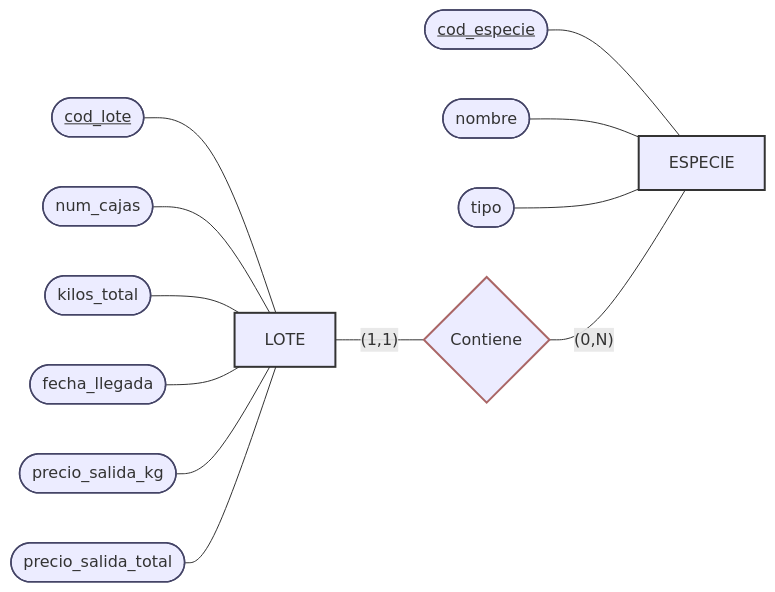
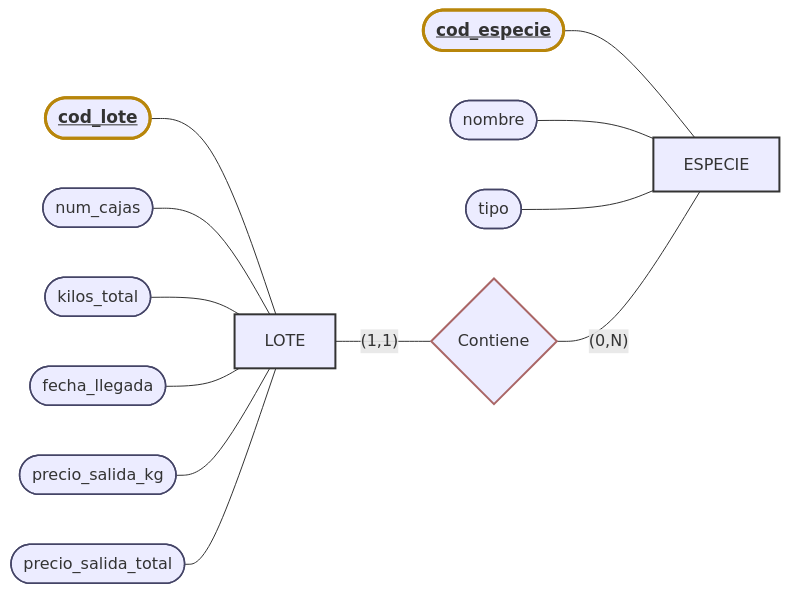
One commit to JulTob/BasesDeDatos changed the diagram in Practica/P1/Schema/Lote-Contiene-Especie.md. Above: the diagram before and after it, drawn with Mermaid.

Commit message:
Change attribute class to identifier in schema

````diff
--- a/Practica/P1/Schema/Lote-Contiene-Especie.md
+++ b/Practica/P1/Schema/Lote-Contiene-Especie.md
@@ -1,32 +1,33 @@
 ```mermaid
 
 flowchart LR
     classDef entidad stroke:#333,stroke-width:2px;
     classDef relacion stroke:#a66,stroke-width:2px;
     classDef atributo stroke:#446,stroke-width:1.5px;
+    classDef identificador stroke:#B8860B,stroke-width:3px,font-weight:bold,font-size:17px;
 
     %% Entidades
     Lote[LOTE]:::entidad
     Especie[ESPECIE]:::entidad
 
     %% Interrelación
     Contiene{Contiene}:::relacion
 
     %% Atributos de LOTE
-    cod_lote(["<u>cod_lote</u>"]):::atributo --- Lote
+    cod_lote(["<u>cod_lote</u>"]):::identificador --- Lote
     num_cajas([num_cajas]):::atributo --- Lote
     kilos_total([kilos_total]):::atributo --- Lote
     fecha_llegada([fecha_llegada]):::atributo --- Lote
     precio_kg([precio_salida_kg]):::atributo --- Lote
     precio_total([precio_salida_total]):::atributo --- Lote
 
     %% Atributos de ESPECIE
-    cod_especie(["<u>cod_especie</u>"]):::atributo --- Especie
+    cod_especie(["<u>cod_especie</u>"]):::identificador --- Especie
     nombre_especie([nombre]):::atributo --- Especie
     tipo_especie([tipo]):::atributo --- Especie
 
     %% Cardinalidades (mínimo, máximo)
     Lote ---|"(1,1)"| Contiene
     Contiene ---|"(0,N)"| Especie
 
 ```
````
